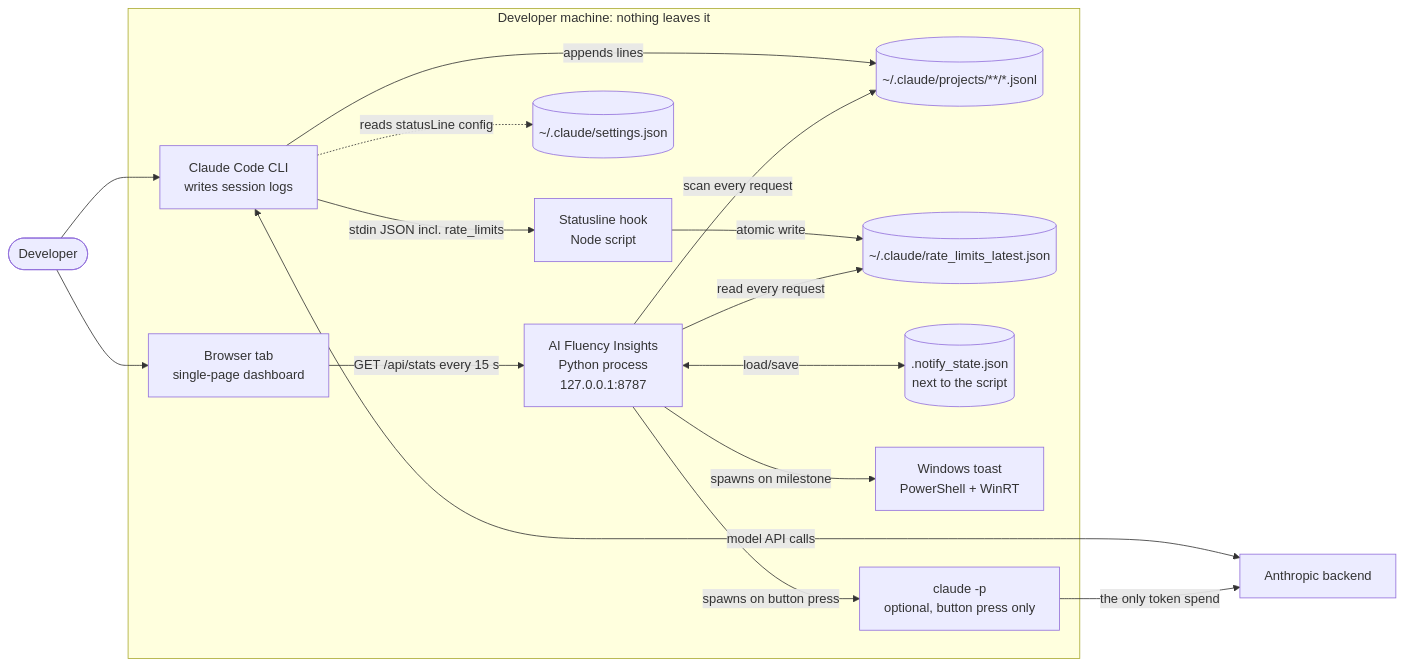
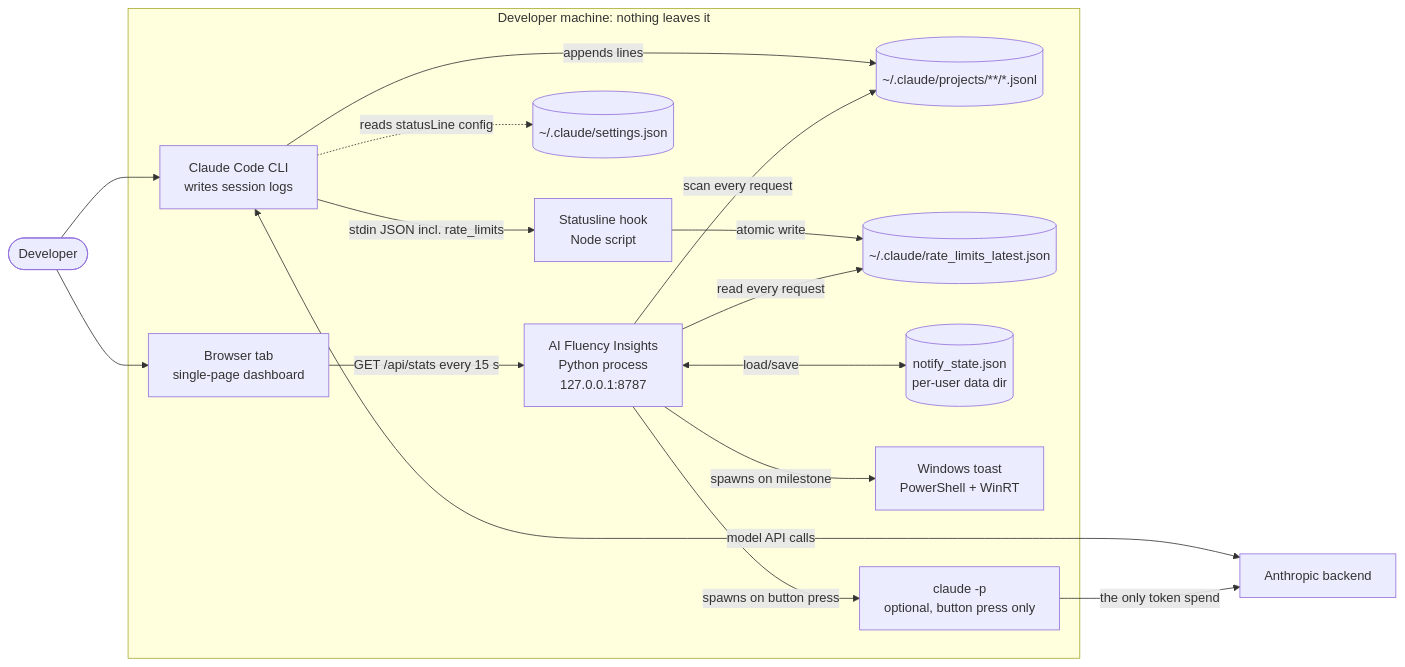
One commit to chandan12ar/dev-token-dashboard changed the first of 13 diagrams in docs/ARCHITECTURE.md. Above: the diagram before and after it, drawn with Mermaid. The commit also changed other lines of this file and 71 other files, not shown here.

````diff
--- a/docs/ARCHITECTURE.md
+++ b/docs/ARCHITECTURE.md
@@ -96,31 +97,31 @@
 ```mermaid
 flowchart LR
   dev(["Developer"])
   subgraph machine["Developer machine: nothing leaves it"]
     cc["Claude Code CLI<br/>writes session logs"]
     logs[("~/.claude/projects/**/*.jsonl")]
     sl["Statusline hook<br/>Node script"]
     rl[("~/.claude/rate_limits_latest.json")]
     settings[("~/.claude/settings.json")]
     dash["AI Fluency Insights<br/>Python process<br/>127.0.0.1:8787"]
-    state[(".notify_state.json<br/>next to the script")]
+    state[("notify_state.json<br/>per-user data dir")]
     browser["Browser tab<br/>single-page dashboard"]
     toast["Windows toast<br/>PowerShell + WinRT"]
     claudep["claude -p<br/>optional, button press only"]
   end
   api["Anthropic backend"]
   dev --> cc
   dev --> browser
   cc -->|appends lines| logs
   cc -->|stdin JSON incl. rate_limits| sl
   sl -->|atomic write| rl
   cc -.->|reads statusLine config| settings
   cc <-->|model API calls| api
   dash -->|scan every request| logs
   dash -->|read every request| rl
   dash <-->|load/save| state
   browser -->|GET /api/stats every 15 s| dash
   dash -->|spawns on milestone| toast
   dash -->|spawns on button press| claudep
   claudep -->|the only token spend| api
 ```
````
